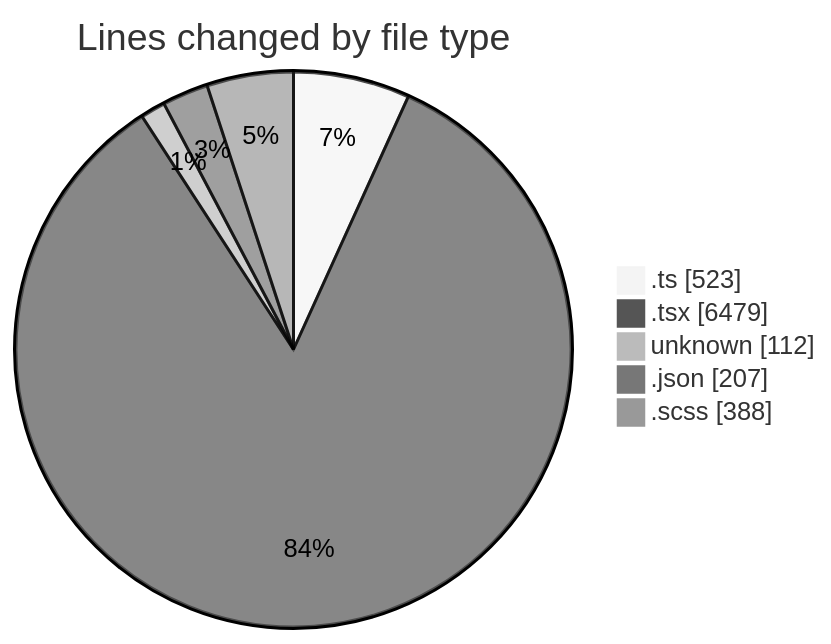
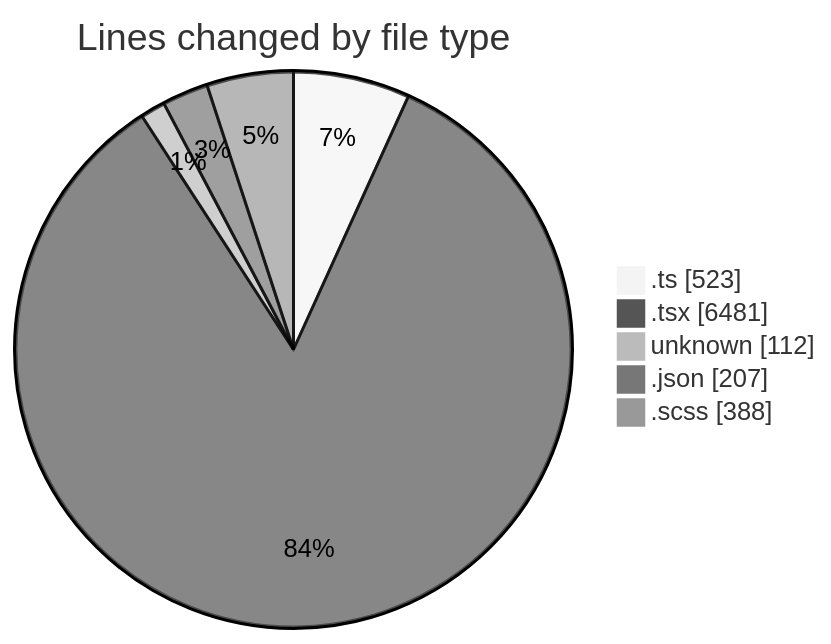
The first of 2 diagrams in 2026-04-29/cda/README.md (momahboobian/code-tracking), drawn with Mermaid (neutral theme) before and after one commit. The commit also changed other lines of this file and 1 other file, not shown here.

````diff
--- a/2026-04-29/cda/README.md
+++ b/2026-04-29/cda/README.md
@@ -53,9 +53,9 @@
 ```mermaid
 pie showData
 title Lines changed by file type
 ".ts" : 523
-".tsx" : 6479
+".tsx" : 6481
 "unknown" : 112
 ".json" : 207
 ".scss" : 388
 ```
````
